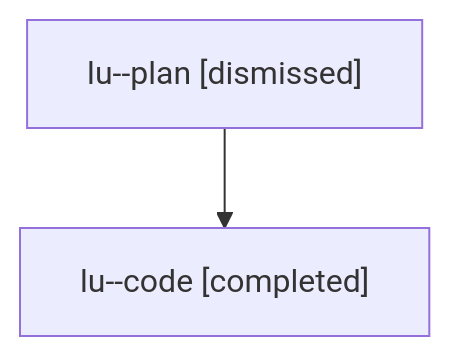
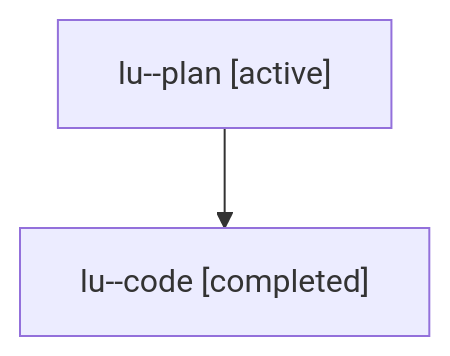
The diagram in families/bbugyi200.athena.lu.md (sase-org/sase--agents), drawn with Mermaid before and after one commit. The commit also changed other lines of this file and 5813 other files, not shown here.

````diff
--- a/families/bbugyi200.athena.lu.md
+++ b/families/bbugyi200.athena.lu.md
@@ -9,6 +9,6 @@
 ```mermaid
 flowchart TD
-  n0["lu--plan [dismissed]"]
+  n0["lu--plan [active]"]
   n1["lu--code [completed]"]
   n0 --> n1
 ```
````
